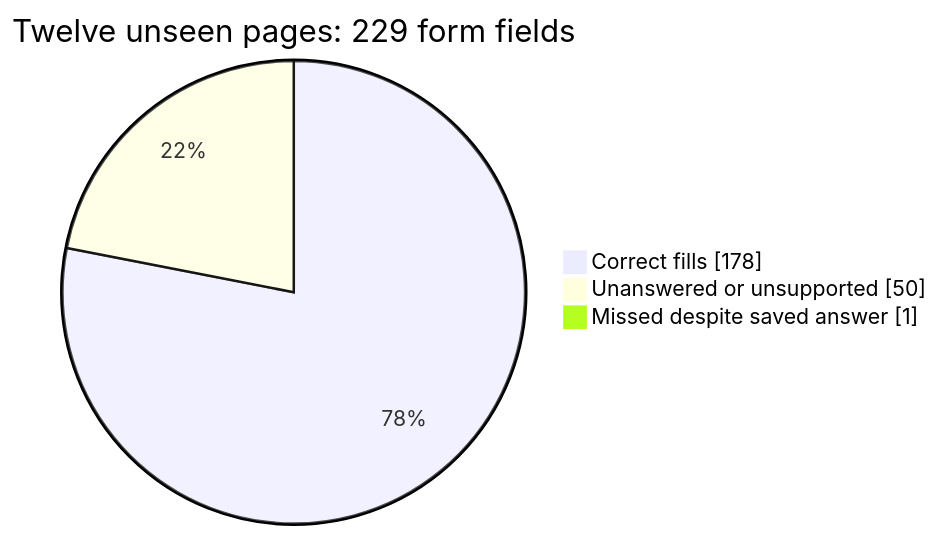
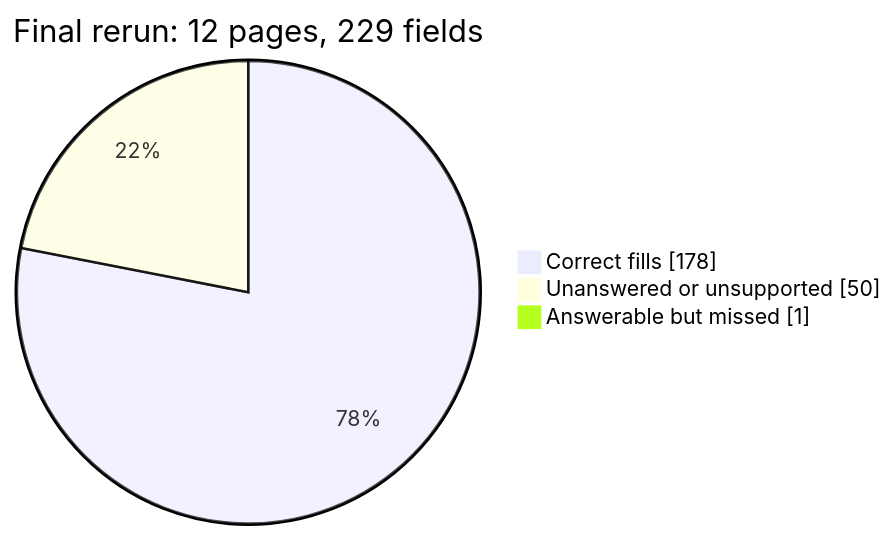
Before and after one commit to TheAdaply/jev-apply: the second of 2 diagrams in README.md, drawn with Mermaid. The commit also changed other lines of this file and 6 other files, not shown here.

````diff
--- a/README.md
+++ b/README.md
@@ -34,7 +63,7 @@
 ```mermaid
 pie showData
-    title Twelve unseen pages: 229 form fields
+    title Final rerun: 12 pages, 229 fields
     "Correct fills" : 178
     "Unanswered or unsupported" : 50
-    "Missed despite saved answer" : 1
+    "Answerable but missed" : 1
 ```
````
